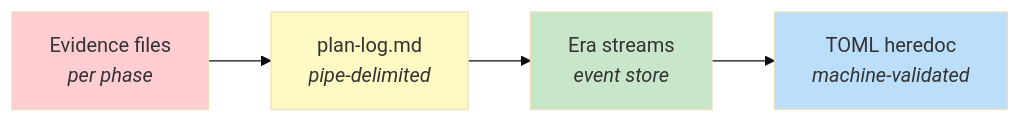
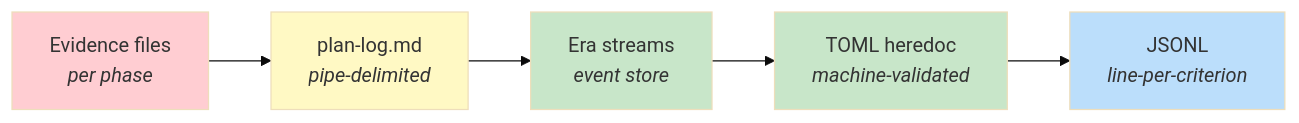
One commit to binaryphile/tandem-protocol changed the third of 6 diagrams in docs/evolution.md. Above: the diagram before and after it, drawn with Mermaid (base theme). The commit also changed other lines of this file and 12 other files, not shown here.

````diff
--- a/docs/evolution.md
+++ b/docs/evolution.md
@@ -189,11 +200,13 @@
 ```mermaid
 flowchart LR
     A["Evidence files<br/><i>per phase</i>"] --> B["plan-log.md<br/><i>pipe-delimited</i>"]
     B --> C["Era streams<br/><i>event store</i>"]
     C --> D["TOML heredoc<br/><i>machine-validated</i>"]
+    D --> E["JSONL<br/><i>line-per-criterion</i>"]
 
     style A fill:#ffcdd2
     style B fill:#fff9c4
     style C fill:#c8e6c9
-    style D fill:#bbdefb
+    style D fill:#c8e6c9
+    style E fill:#bbdefb
 ```
````
